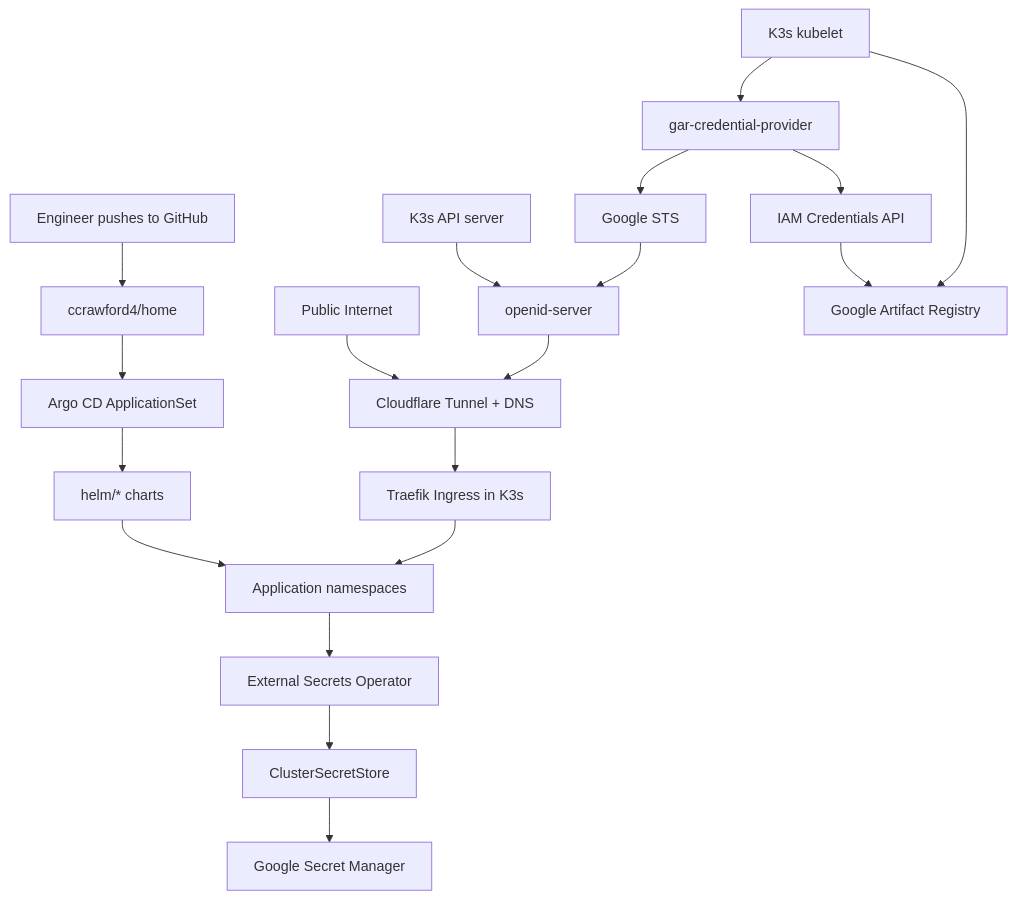
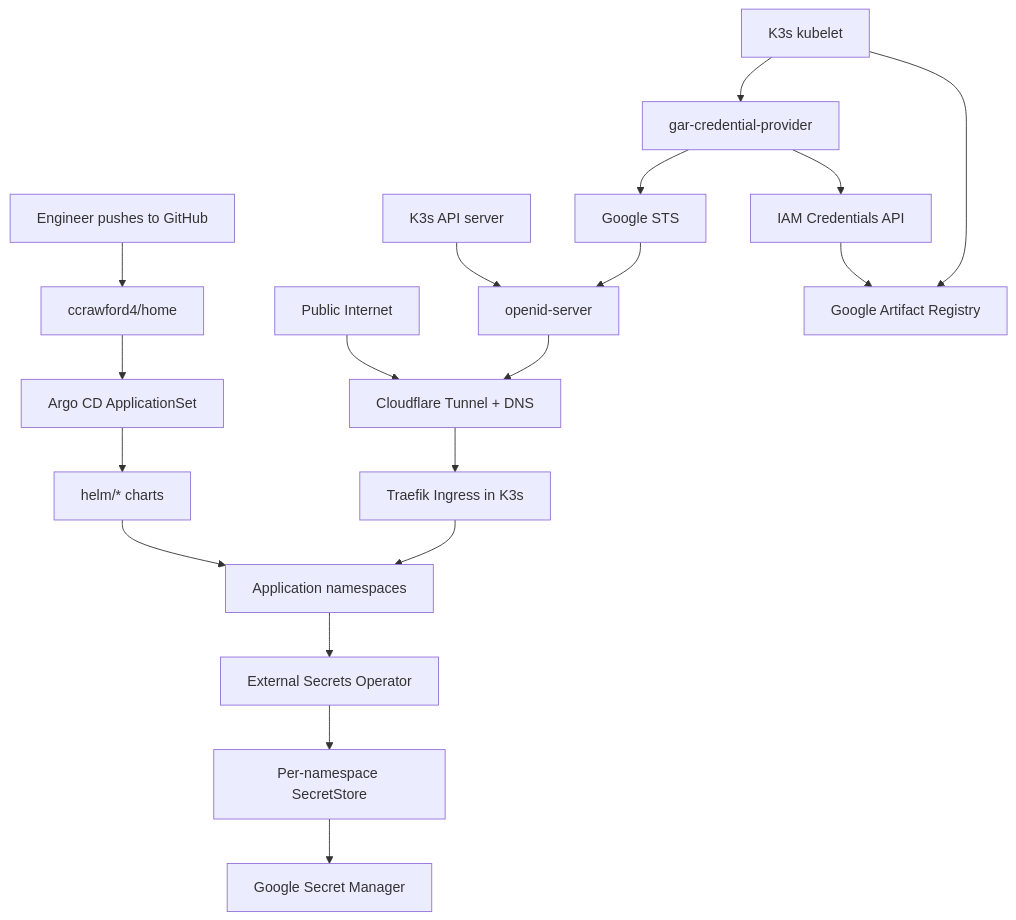
The first of 4 diagrams in README.md (ccrawford4/home), drawn with Mermaid before and after one commit. The commit also changed other lines of this file and 12 other files, not shown here.

First line of the commit message:
Remove the shared secrets-manager-sa and ClusterSecretStore (#53)

````diff
--- a/README.md
+++ b/README.md
@@ -22,25 +22,25 @@
 ```mermaid
 flowchart TD
   Dev[Engineer pushes to GitHub] --> Repo[ccrawford4/home]
   Repo --> AppSet[Argo CD ApplicationSet]
   AppSet --> Helm[helm/* charts]
   Helm --> Apps[Application namespaces]
 
   Apps --> ESO[External Secrets Operator]
-  ESO --> Store[ClusterSecretStore]
+  ESO --> Store[Per-namespace SecretStore]
   Store --> GSM[Google Secret Manager]
 
   Internet[Public Internet] --> CF[Cloudflare Tunnel + DNS]
   CF --> Traefik[Traefik Ingress in K3s]
   Traefik --> Apps
 
   K3s[K3s API server] --> OIDC[openid-server]
   OIDC --> CF
   GoogleSTS[Google STS] --> OIDC
 
   Kubelet[K3s kubelet] --> Provider[gar-credential-provider]
   Provider --> GoogleSTS
   Provider --> IAM[IAM Credentials API]
   IAM --> GAR[Google Artifact Registry]
   Kubelet --> GAR
 ```
````
